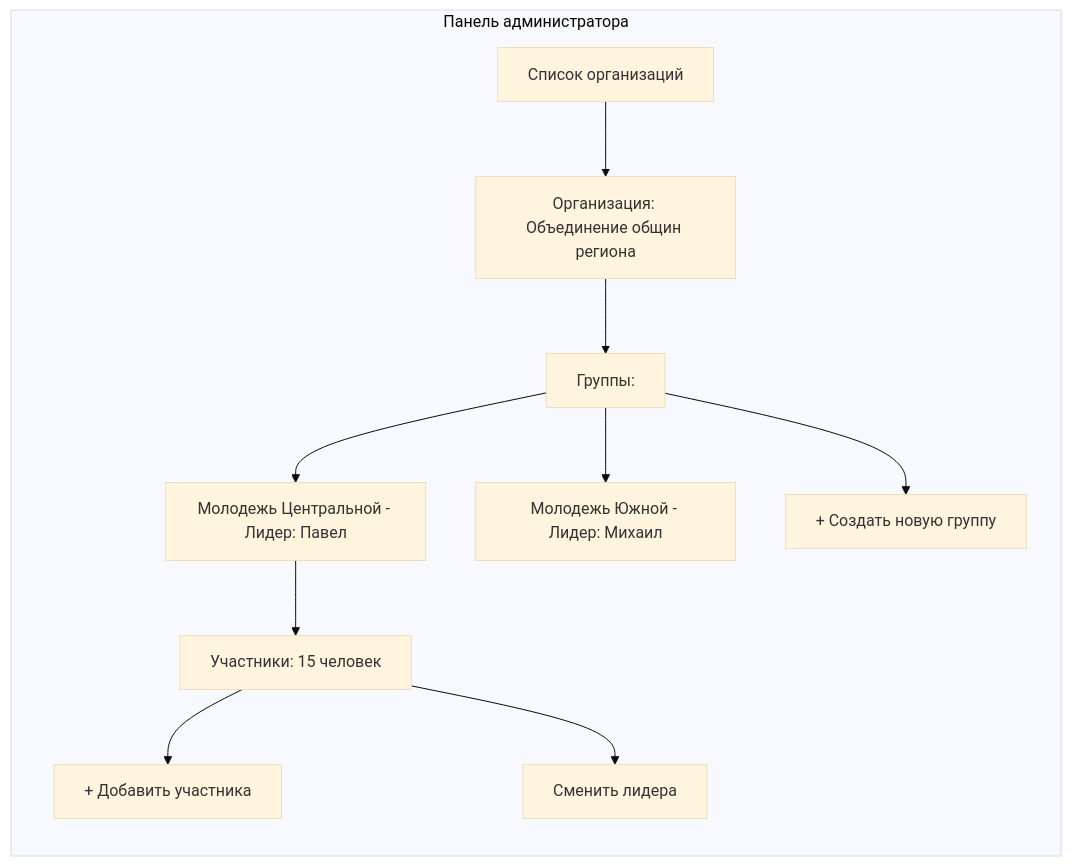
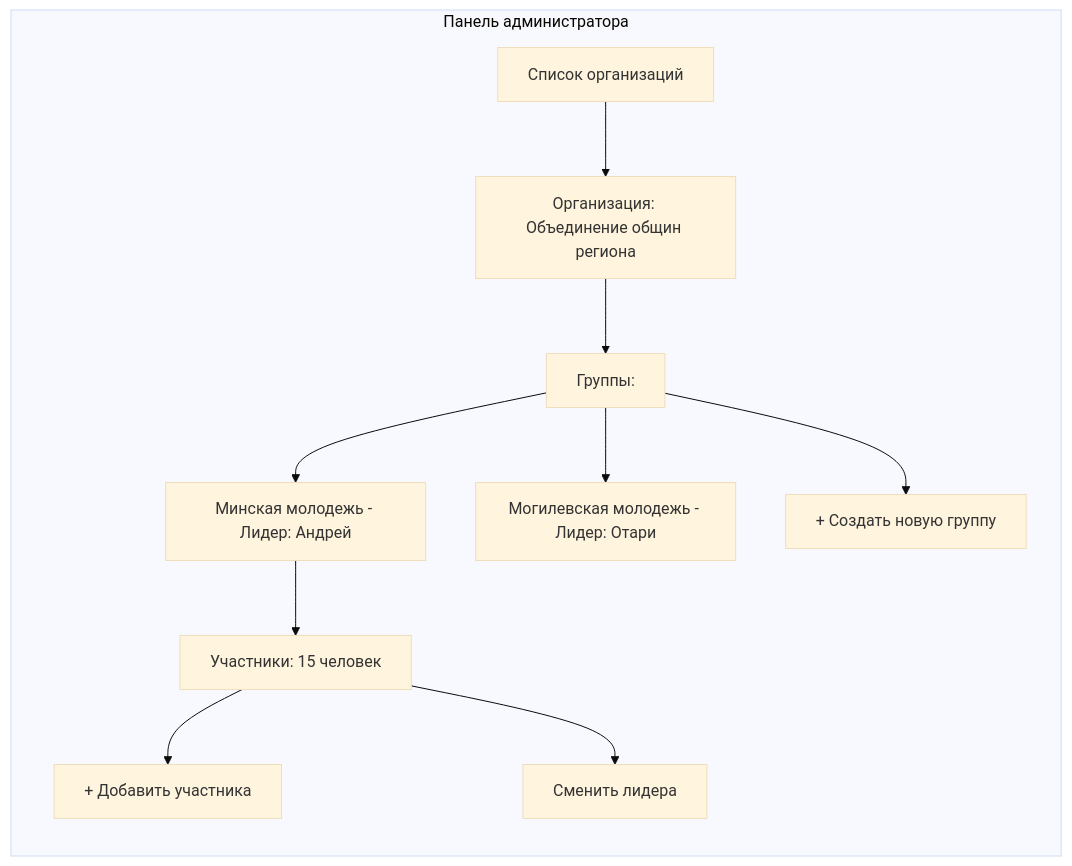
Diagram 13 of 23 in document_for_customer_ru.md (stallev/public_bible_studies_docs), drawn with Mermaid (base theme) before and after one commit. The commit also changed other lines of this file, not shown here.

Commit message:
added flow diagrams4

````diff
--- a/document_for_customer_ru.md
+++ b/document_for_customer_ru.md
@@ -423,16 +423,16 @@
 ```mermaid
 flowchart TD
     subgraph admin_panel [Панель администратора]
         direction TB
         OrgList["Список организаций"]
         OrgList --> OrgDetail["Организация: Объединение общин региона"]
         OrgDetail --> GroupList["Группы:"]
-        GroupList --> Grp1["Молодежь Центральной - Лидер: Павел"]
-        GroupList --> Grp2["Молодежь Южной - Лидер: Михаил"]
+        GroupList --> Grp1["Минская молодежь - Лидер: Андрей"]
+        GroupList --> Grp2["Могилевская молодежь - Лидер: Отари"]
         GroupList --> AddGroup["+ Создать новую группу"]
 
         Grp1 --> Members["Участники: 15 человек"]
         Members --> AddMember["+ Добавить участника"]
         Members --> ChangeLead["Сменить лидера"]
     end
 ```
````
